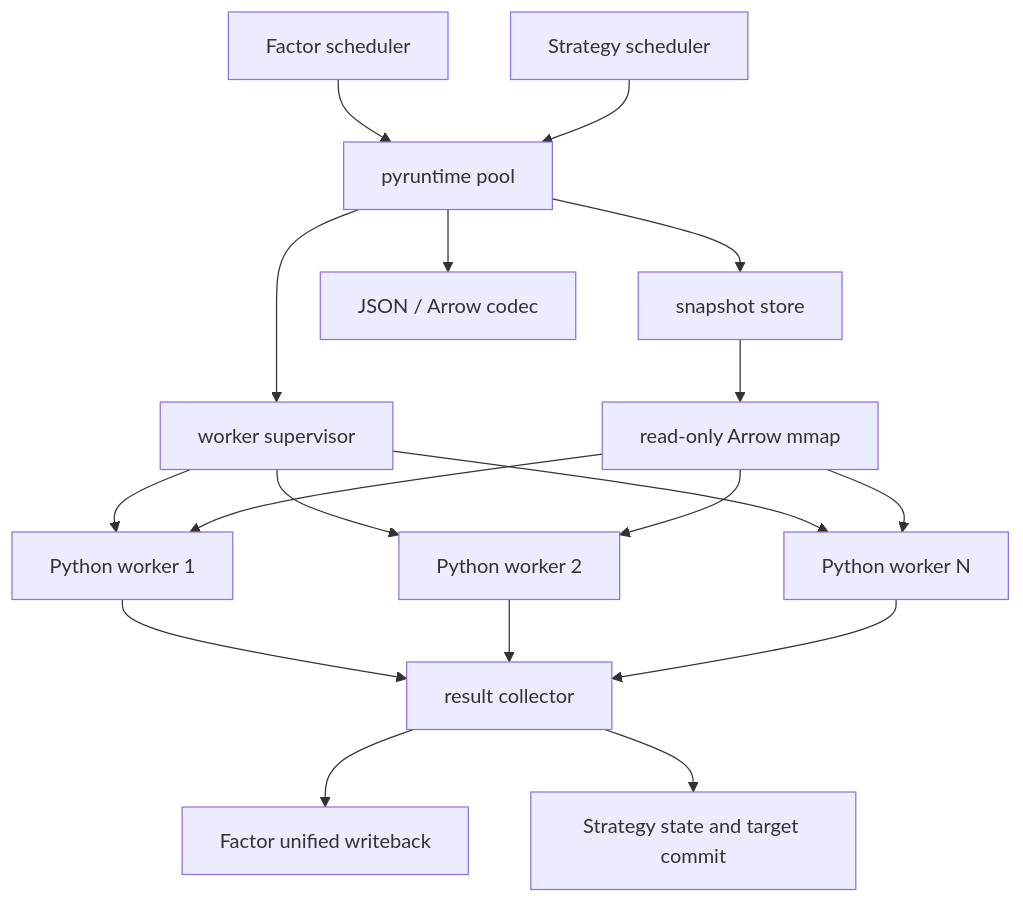
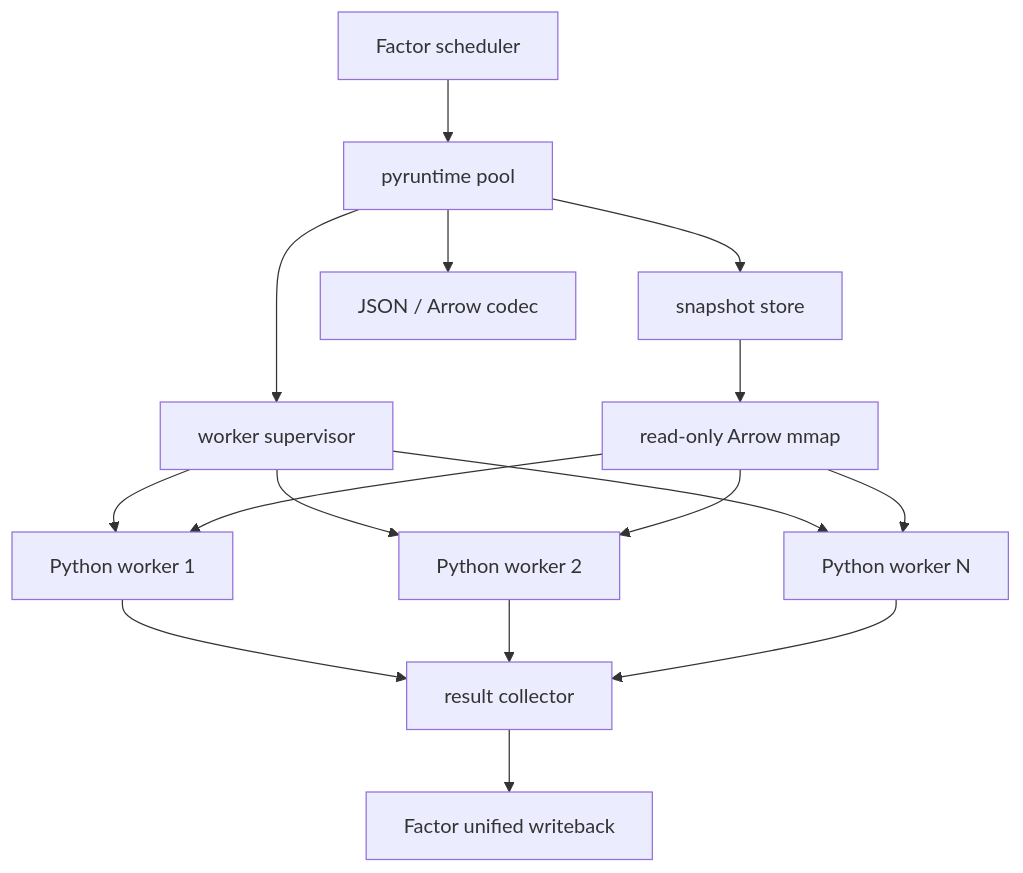
The diagram in docs/Python计算运行时架构设计.md (mooyang-code/moox), drawn with Mermaid before and after one commit. The commit also changed other lines of this file and 14 other files, not shown here.

````diff
--- a/docs/Python计算运行时架构设计.md
+++ b/docs/Python计算运行时架构设计.md
@@ -86,24 +86,22 @@
 ```mermaid
 flowchart TB
   Factor["Factor scheduler"] --> Runtime["pyruntime pool"]
-  Strategy["Strategy scheduler"] --> Runtime
 
   Runtime --> Supervisor["worker supervisor"]
   Runtime --> Snapshots["snapshot store"]
   Runtime --> Codec["JSON / Arrow codec"]
 
   Supervisor --> W1["Python worker 1"]
   Supervisor --> W2["Python worker 2"]
   Supervisor --> WN["Python worker N"]
 
   Snapshots --> Shared["read-only Arrow mmap"]
   Shared --> W1
   Shared --> W2
   Shared --> WN
 
   W1 --> Results["result collector"]
   W2 --> Results
   WN --> Results
   Results --> FactorWrite["Factor unified writeback"]
-  Results --> StrategyCommit["Strategy state and target commit"]
 ```
````
